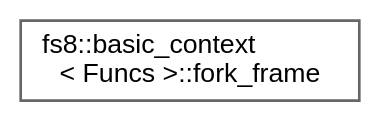
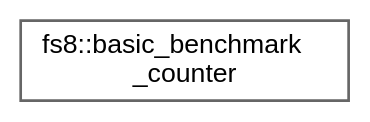
One commit to the-moisrex/foresight changed the diagram in api/inherit_graph_15.dot. Above: the diagram before and after it, drawn with Graphviz. The commit also changed 164 other files, not shown here.

```diff
--- a/api/inherit_graph_15.dot
+++ b/api/inherit_graph_15.dot
@@ -1,9 +1,9 @@
 digraph "Graphical Class Hierarchy"
 {
  // LATEX_PDF_SIZE
   bgcolor="transparent";
   edge [fontname=Helvetica,fontsize=10,labelfontname=Helvetica,labelfontsize=10];
   node [fontname=Helvetica,fontsize=10,shape=box,height=0.2,width=0.4];
   rankdir="LR";
-  Node0 [id="Node000000",label="fs8::basic_context\l\< Funcs \>::fork_frame",height=0.2,width=0.4,color="grey40", fillcolor="white", style="filled",URL="$structfs8_1_1basic__context_1_1fork__frame.html",tooltip="A frame on the fork stack: tracks which mods tuple to iterate and where to start."];
+  Node0 [id="Node000000",label="fs8::basic_benchmark\l_counter",height=0.2,width=0.4,color="grey40", fillcolor="white", style="filled",URL="$structfs8_1_1basic__benchmark__counter.html",tooltip=" "];
 }
```
